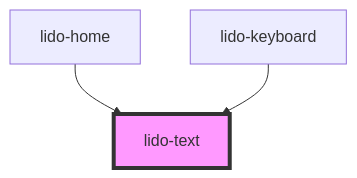
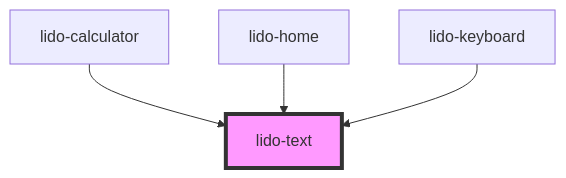
The diagram in src/components/text/readme.md (chimple/lido-player), drawn with Mermaid before and after one commit. The commit also changed other lines of this file and 14 other files, not shown here.

````diff
--- a/src/components/text/readme.md
+++ b/src/components/text/readme.md
@@ -55,6 +56,7 @@
 ```mermaid
 graph TD;
+  lido-calculator --> lido-text
   lido-home --> lido-text
   lido-keyboard --> lido-text
   style lido-text fill:#f9f,stroke:#333,stroke-width:4px
 ```
````
